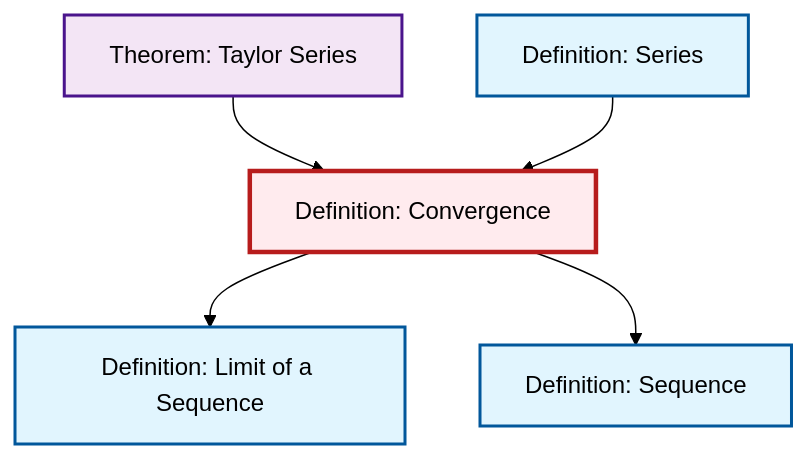
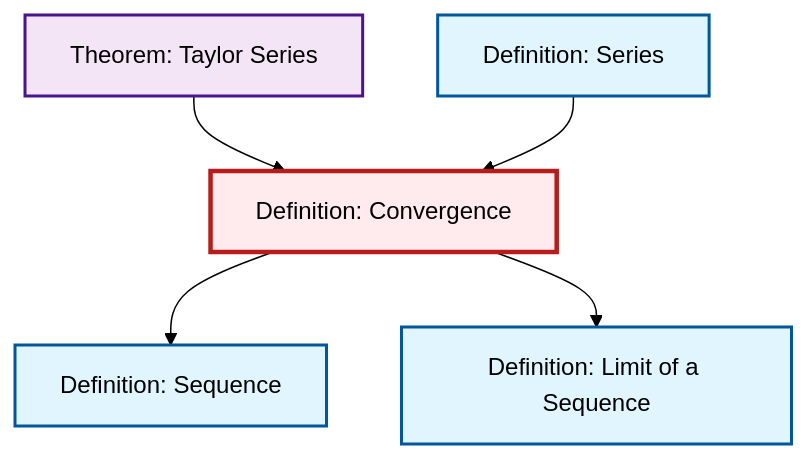
One commit to RK0429/ModernMath changed the diagram in content/en/analysis/def-convergence.qmd. Above: the diagram before and after it, drawn with Mermaid (forest theme). The commit also changed other lines of this file and 654 other files, not shown here.

````diff
--- a/content/en/analysis/def-convergence.qmd
+++ b/content/en/analysis/def-convergence.qmd
@@ -79,23 +82,23 @@
 ```{mermaid}
 %%| fig-cap: "Local dependency graph"
 graph TD
     classDef definition fill:#e1f5fe,stroke:#01579b,stroke-width:2px
     classDef theorem fill:#f3e5f5,stroke:#4a148c,stroke-width:2px
     classDef axiom fill:#fff3e0,stroke:#e65100,stroke-width:2px
     classDef example fill:#e8f5e9,stroke:#1b5e20,stroke-width:2px
     classDef current fill:#ffebee,stroke:#b71c1c,stroke-width:3px
     def-convergence["Definition: Convergence"]:::definition
+    def-series["Definition: Series"]:::definition
+    thm-taylor-series["Theorem: Taylor Series"]:::theorem
+    def-limit["Definition: Limit of a Sequence"]:::definition
     def-sequence["Definition: Sequence"]:::definition
-    def-series["Definition: Series"]:::definition
-    def-limit["Definition: Limit of a Sequence"]:::definition
-    thm-taylor-series["Theorem: Taylor Series"]:::theorem
-    def-convergence --> def-limit
     def-convergence --> def-sequence
     thm-taylor-series --> def-convergence
+    def-convergence --> def-limit
     def-series --> def-convergence
     class def-convergence current
+    click def-series "def-series.html" "Go to Series definition"
+    click thm-taylor-series "thm-taylor-series.html" "Go to Taylor Series theorem"
+    click def-limit "def-limit.html" "Go to Limit of a Sequence definition"
     click def-sequence "def-sequence.html" "Go to Sequence definition"
-    click def-series "def-series.html" "Go to Series definition"
-    click def-limit "def-limit.html" "Go to Limit of a Sequence definition"
-    click thm-taylor-series "thm-taylor-series.html" "Go to Taylor Series theorem"
 ```
````
